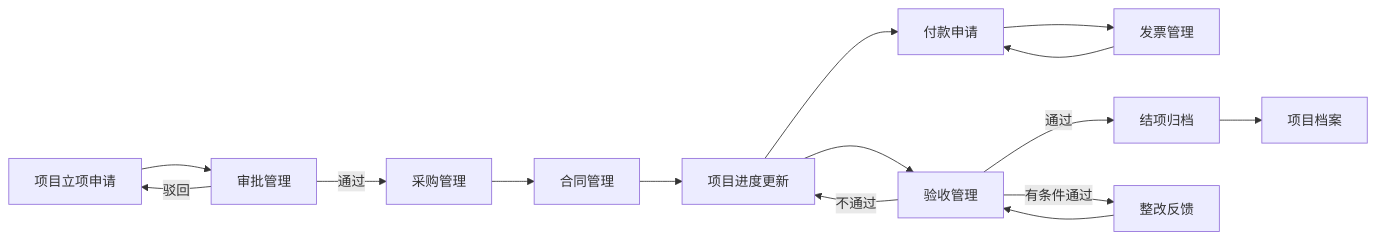
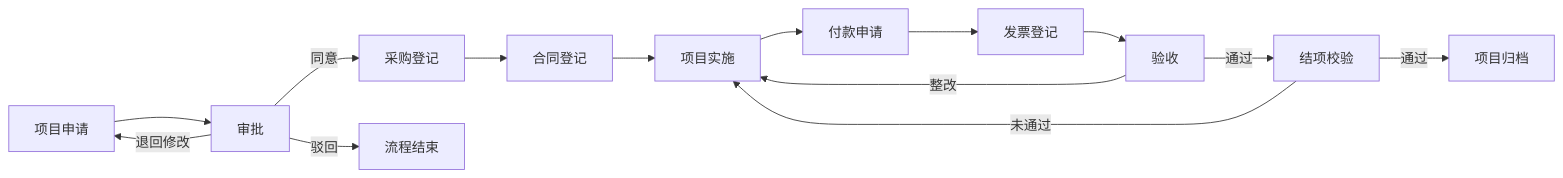
The first of 7 diagrams in 业务流程与架构图.md (Jess-0411/github.io), drawn with Mermaid before and after one commit. The commit also changed other lines of this file and 6 other files, not shown here.

````diff
--- a/业务流程与架构图.md
+++ b/业务流程与架构图.md
@@ -5,17 +5,16 @@
 ```mermaid
 flowchart LR
-  A["项目立项申请"] --> B["审批管理"]
-  B -->|通过| C["采购管理"]
-  B -->|驳回| A
-  C --> D["合同管理"]
-  D --> E["项目进度更新"]
+  A["项目申请"] --> B["审批"]
+  B -->|同意| C["采购登记"]
+  B -->|退回修改| A
+  B -->|驳回| Z["流程结束"]
+  C --> D["合同登记"]
+  D --> E["项目实施"]
   E --> F["付款申请"]
-  F --> G["发票管理"]
-  E --> H["验收管理"]
-  H -->|通过| I["结项归档"]
-  H -->|有条件通过| J["整改反馈"]
-  J --> H
-  H -->|不通过| E
-  G --> F
-  I --> K["项目档案"]
+  F --> G["发票登记"]
+  G --> H["验收"]
+  H -->|整改| E
+  H -->|通过| I["结项校验"]
+  I -->|通过| J["项目归档"]
+  I -->|未通过| E
 ```
````
